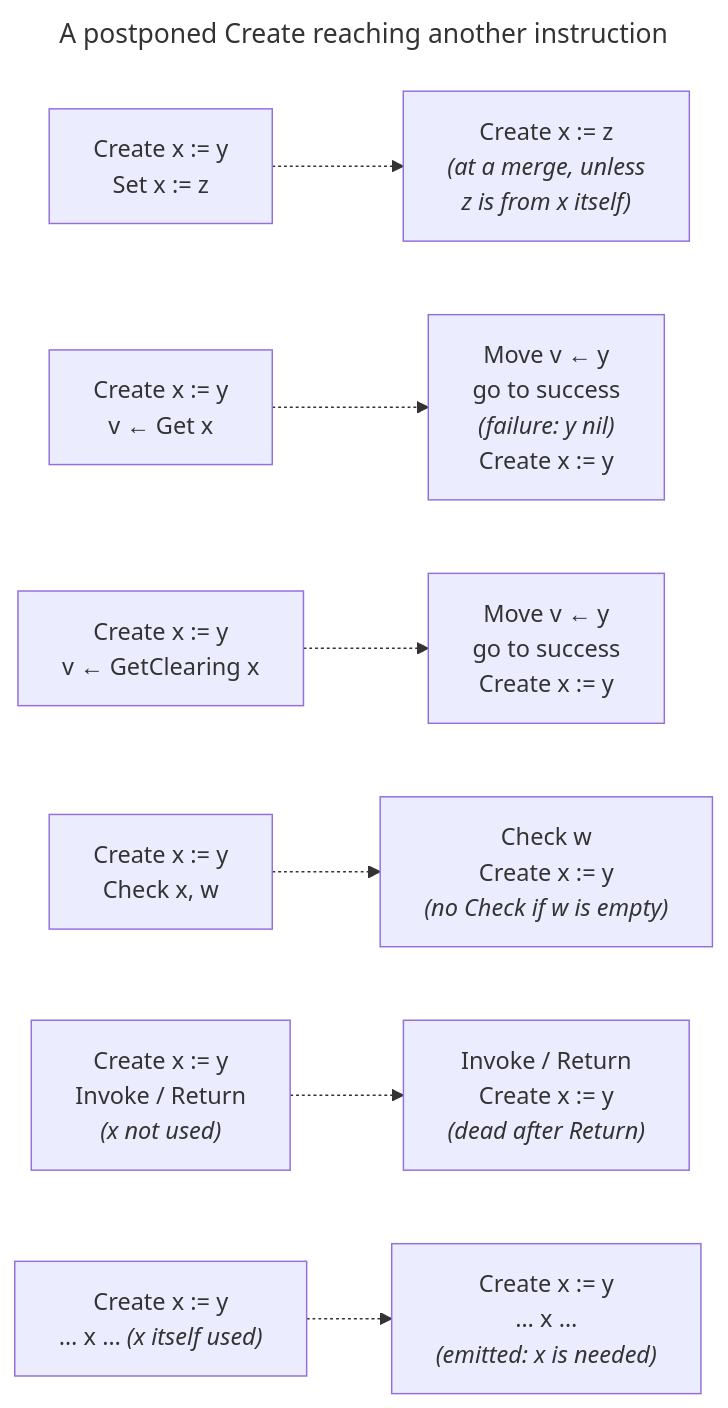
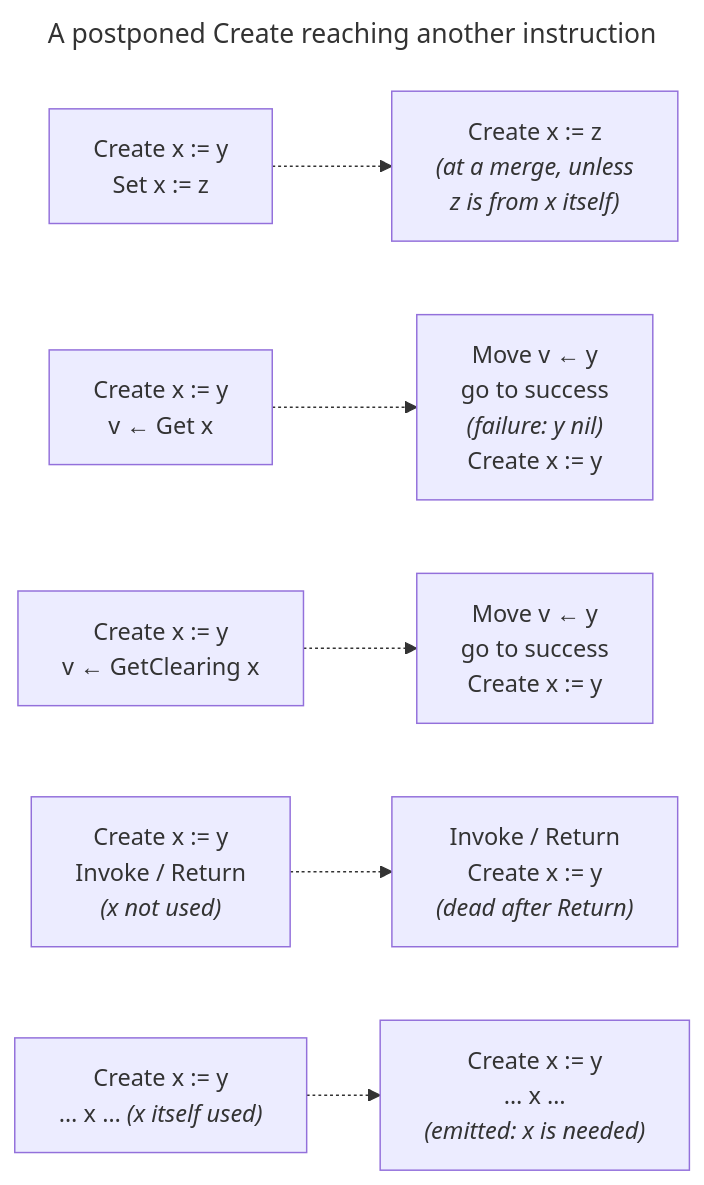
The first of 3 diagrams in avail/doc/Optimization/Level_Two/Variable_elision.md (AvailLang/Avail), drawn with Mermaid before and after one commit. The commit also changed other lines of this file and 111 other files, not shown here.

````diff
--- a/avail/doc/Optimization/Level_Two/Variable_elision.md
+++ b/avail/doc/Optimization/Level_Two/Variable_elision.md
@@ -152,22 +150,19 @@
 ```mermaid
 ---
 title: A postponed Create reaching another instruction
 ---
 flowchart LR
  Set["Create x := y<br>Set x := z"]
  Set'["Create x := z<br><i>(at a merge, unless<br>z is from x itself)</i>"]
  Set .-> Set'
  Get["Create x := y<br>v ← Get x"]
  Get'["Move v ← y<br>go to success<br><i>(failure: y nil)</i><br>Create x := y"]
  Get .-> Get'
  Clear["Create x := y<br>v ← GetClearing x"]
  Clear .-> Clear'["Move v ← y<br>go to success<br>Create x := y"]
- Check["Create x := y<br>Check x, w"]
- Check'["Check w<br>Create x := y<br><i>(no Check if w is empty)</i>"]
- Check .-> Check'
  Call["Create x := y<br>Invoke / Return<br><i>(x not used)</i>"]
  Call'["Invoke / Return<br>Create x := y<br><i>(dead after Return)</i>"]
  Call .-> Call'
  Use["Create x := y<br>… x … <i>(x itself used)</i>"]
  Use .-> Use'["Create x := y<br>… x …<br><i>(emitted: x is needed)</i>"]
 ```
````
